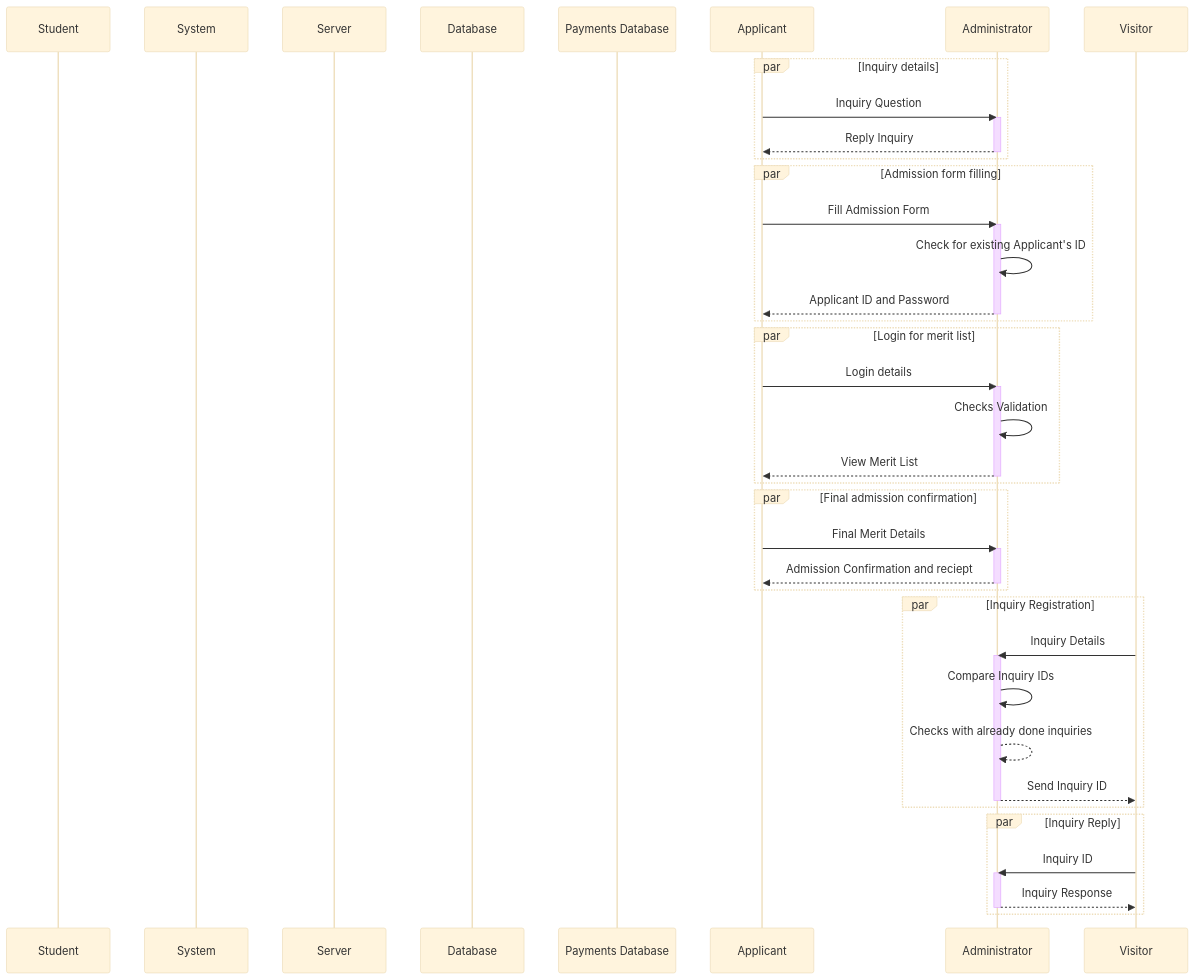
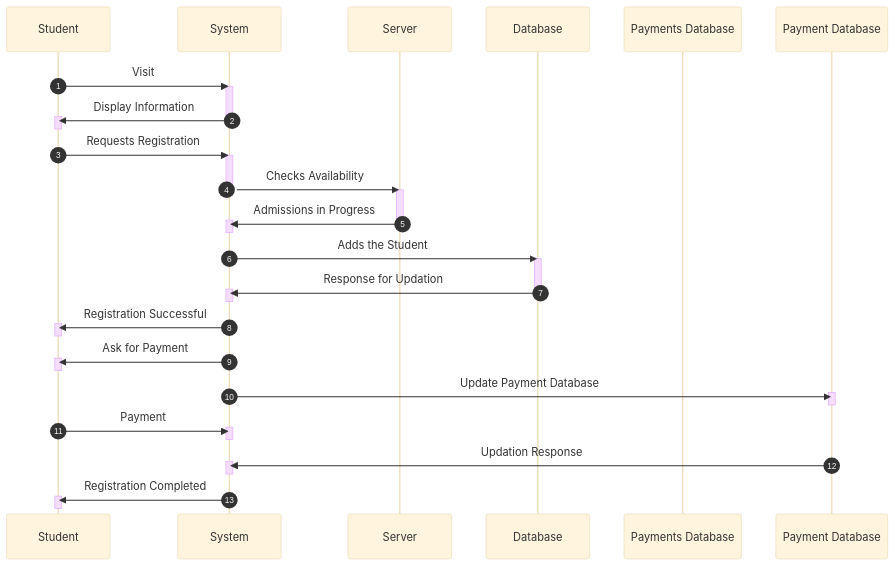
One commit to msaf9/university-admission-system changed the diagram in src/SequenceDiagram.md. Above: the diagram before and after it, drawn with Mermaid (base theme).

Commit message:
Sequence diagram implemented

````diff
--- a/src/SequenceDiagram.md
+++ b/src/SequenceDiagram.md
@@ -1,54 +1,57 @@
 ```mermaid
 sequenceDiagram
   participant Student
   participant System
   participant Server
   participant Database
   participant Payments Database
   
-  par Inquiry details
-        Applicant->>Administrator: Inquiry Question
-        activate Administrator 
-        Administrator -->>Applicant: Reply Inquiry
-        deactivate Administrator
-  end
+  autonumber
   
-  par Admission form filling
-        Applicant->>Administrator: Fill Admission Form
-        activate Administrator 
-        Administrator->>Administrator: Check for existing Applicant's ID
-        Administrator -->>Applicant: Applicant ID and Password
-        deactivate Administrator
-  end
+  Student->>System: Visit
+  activate System 
+  System ->>Student: Display Information
+  activate Student 
+  deactivate System
+  deactivate Student
   
-  par Login for merit list
-        Applicant->>Administrator: Login details
-        activate Administrator
-        Administrator->>Administrator: Checks Validation
-        Administrator -->>Applicant: View Merit List
-        deactivate Administrator
-  end
+  Student->>System: Requests Registration
+  activate System 
+  System ->>Server: Checks Availability
+  deactivate System
+  activate Server 
+  Server ->>System: Admissions in Progress
+  activate System 
+  deactivate System 
+  deactivate Server 
   
-  par Final admission confirmation
-        Applicant->>Administrator: Final Merit Details
-        activate Administrator
-        Administrator -->>Applicant: Admission Confirmation and reciept
-        deactivate Administrator
-  end
+  System->>Database: Adds the Student
+  activate Database 
+  Database ->>System: Response for Updation
+  activate System 
+  deactivate Database
+  deactivate System 
   
-  par Inquiry Registration
-        Visitor->>Administrator: Inquiry Details
-        activate Administrator
-        Administrator->>Administrator: Compare Inquiry IDs
-        Administrator-->>Administrator: Checks with already done inquiries
-        Administrator -->>Visitor: Send Inquiry ID
-        deactivate Administrator
-  end
+  System->>Student: Registration Successful
+  activate Student
+  deactivate Student
+  System->>Student: Ask for Payment  
+  activate Student   
+  deactivate Student 
   
-  par Inquiry Reply
-        Visitor->>Administrator: Inquiry ID
-        activate Administrator
-        Administrator -->>Visitor: Inquiry Response
-        deactivate Administrator
-  end
+  System->>Payment Database: Update Payment Database
+  activate Payment Database
+  deactivate Payment Database
+  
+  Student->>System: Payment
+  activate System
+  deactivate System
+  Payment Database->>System: Updation Response
+  activate System
+  deactivate System
+  
+  System->>Student: Registration Completed
+  activate Student
+  deactivate Student
+  
 ```
````
